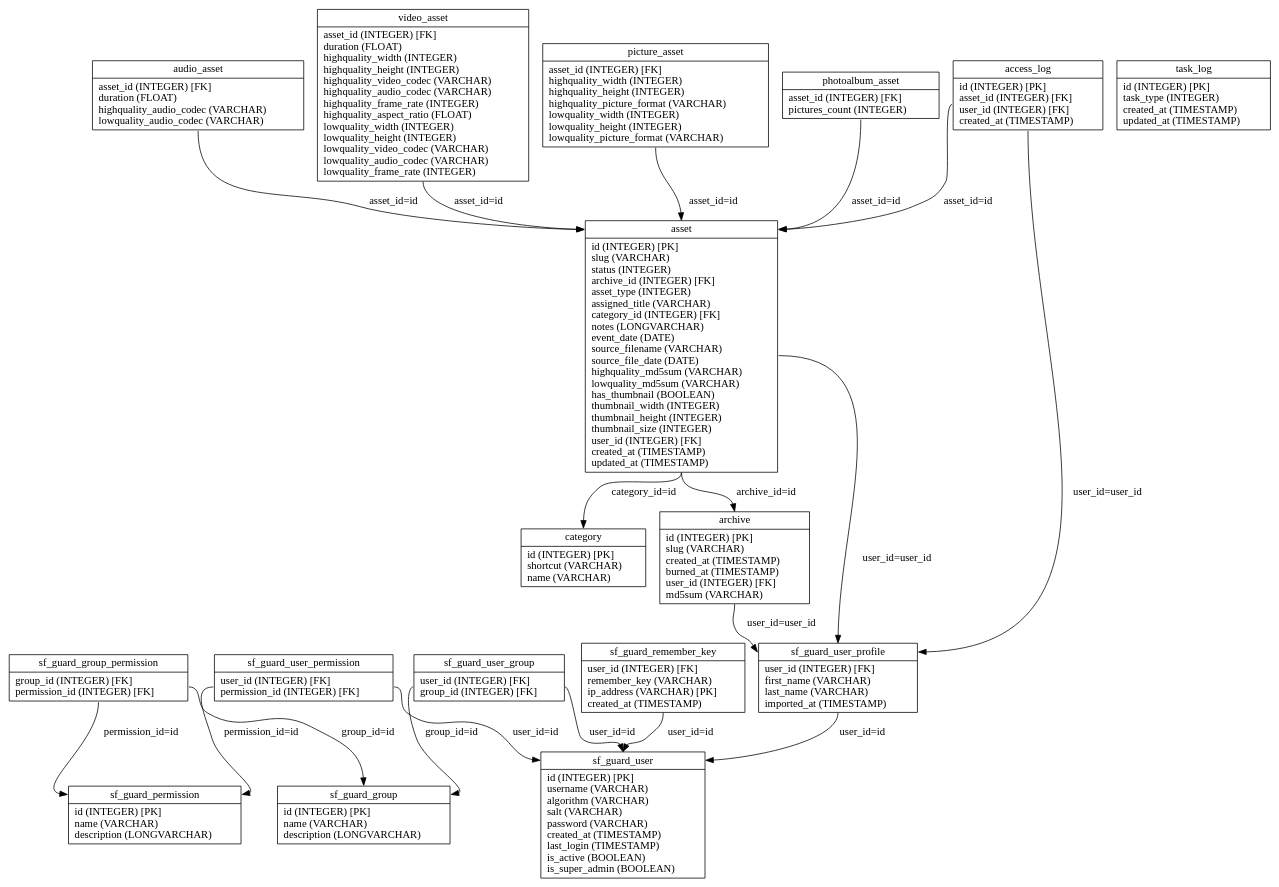
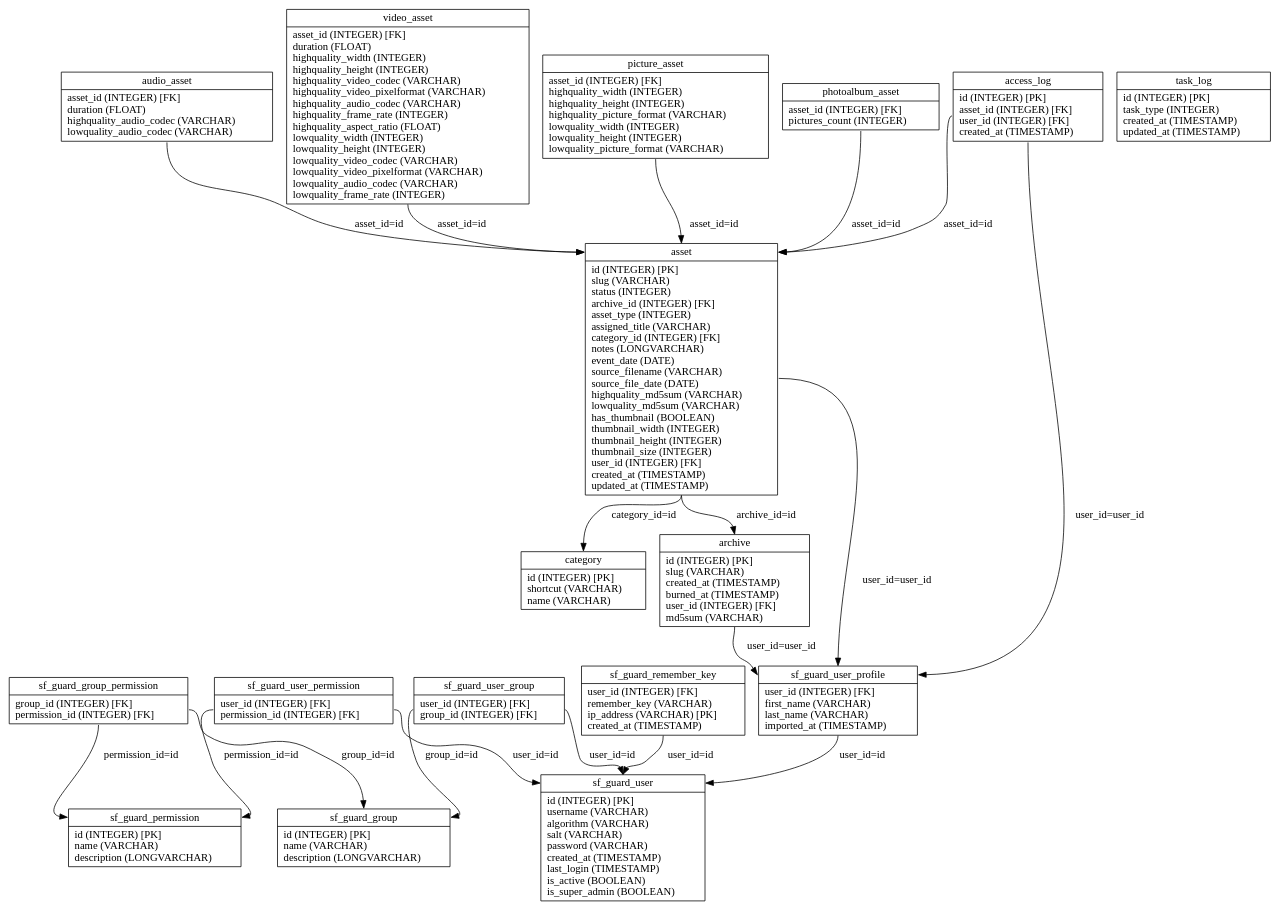
One commit to loristissino/wviola changed the diagram in graph/propel.schema.dot. Above: the diagram before and after it, drawn with Graphviz. The commit also changed 12 other files, not shown here.

```diff
--- a/graph/propel.schema.dot
+++ b/graph/propel.schema.dot
@@ -1,38 +1,38 @@
 digraph G {
 nodesf_guard_group [label="{<table>sf_guard_group|<cols>id (INTEGER) [PK]\lname (VARCHAR)\ldescription (LONGVARCHAR)\l}", shape=record];
 nodesf_guard_permission [label="{<table>sf_guard_permission|<cols>id (INTEGER) [PK]\lname (VARCHAR)\ldescription (LONGVARCHAR)\l}", shape=record];
 nodesf_guard_group_permission [label="{<table>sf_guard_group_permission|<cols>group_id (INTEGER) [FK]\lpermission_id (INTEGER) [FK]\l}", shape=record];
 nodesf_guard_user [label="{<table>sf_guard_user|<cols>id (INTEGER) [PK]\lusername (VARCHAR)\lalgorithm (VARCHAR)\lsalt (VARCHAR)\lpassword (VARCHAR)\lcreated_at (TIMESTAMP)\llast_login (TIMESTAMP)\lis_active (BOOLEAN)\lis_super_admin (BOOLEAN)\l}", shape=record];
 nodesf_guard_user_permission [label="{<table>sf_guard_user_permission|<cols>user_id (INTEGER) [FK]\lpermission_id (INTEGER) [FK]\l}", shape=record];
 nodesf_guard_user_group [label="{<table>sf_guard_user_group|<cols>user_id (INTEGER) [FK]\lgroup_id (INTEGER) [FK]\l}", shape=record];
 nodesf_guard_remember_key [label="{<table>sf_guard_remember_key|<cols>user_id (INTEGER) [FK]\lremember_key (VARCHAR)\lip_address (VARCHAR) [PK]\lcreated_at (TIMESTAMP)\l}", shape=record];
 nodesf_guard_user_profile [label="{<table>sf_guard_user_profile|<cols>user_id (INTEGER) [FK]\lfirst_name (VARCHAR)\llast_name (VARCHAR)\limported_at (TIMESTAMP)\l}", shape=record];
 nodeasset [label="{<table>asset|<cols>id (INTEGER) [PK]\lslug (VARCHAR)\lstatus (INTEGER)\larchive_id (INTEGER) [FK]\lasset_type (INTEGER)\lassigned_title (VARCHAR)\lcategory_id (INTEGER) [FK]\lnotes (LONGVARCHAR)\levent_date (DATE)\lsource_filename (VARCHAR)\lsource_file_date (DATE)\lhighquality_md5sum (VARCHAR)\llowquality_md5sum (VARCHAR)\lhas_thumbnail (BOOLEAN)\lthumbnail_width (INTEGER)\lthumbnail_height (INTEGER)\lthumbnail_size (INTEGER)\luser_id (INTEGER) [FK]\lcreated_at (TIMESTAMP)\lupdated_at (TIMESTAMP)\l}", shape=record];
-nodevideo_asset [label="{<table>video_asset|<cols>asset_id (INTEGER) [FK]\lduration (FLOAT)\lhighquality_width (INTEGER)\lhighquality_height (INTEGER)\lhighquality_video_codec (VARCHAR)\lhighquality_audio_codec (VARCHAR)\lhighquality_frame_rate (INTEGER)\lhighquality_aspect_ratio (FLOAT)\llowquality_width (INTEGER)\llowquality_height (INTEGER)\llowquality_video_codec (VARCHAR)\llowquality_audio_codec (VARCHAR)\llowquality_frame_rate (INTEGER)\l}", shape=record];
+nodevideo_asset [label="{<table>video_asset|<cols>asset_id (INTEGER) [FK]\lduration (FLOAT)\lhighquality_width (INTEGER)\lhighquality_height (INTEGER)\lhighquality_video_codec (VARCHAR)\lhighquality_video_pixelformat (VARCHAR)\lhighquality_audio_codec (VARCHAR)\lhighquality_frame_rate (INTEGER)\lhighquality_aspect_ratio (FLOAT)\llowquality_width (INTEGER)\llowquality_height (INTEGER)\llowquality_video_codec (VARCHAR)\llowquality_video_pixelformat (VARCHAR)\llowquality_audio_codec (VARCHAR)\llowquality_frame_rate (INTEGER)\l}", shape=record];
 nodepicture_asset [label="{<table>picture_asset|<cols>asset_id (INTEGER) [FK]\lhighquality_width (INTEGER)\lhighquality_height (INTEGER)\lhighquality_picture_format (VARCHAR)\llowquality_width (INTEGER)\llowquality_height (INTEGER)\llowquality_picture_format (VARCHAR)\l}", shape=record];
 nodephotoalbum_asset [label="{<table>photoalbum_asset|<cols>asset_id (INTEGER) [FK]\lpictures_count (INTEGER)\l}", shape=record];
 nodeaudio_asset [label="{<table>audio_asset|<cols>asset_id (INTEGER) [FK]\lduration (FLOAT)\lhighquality_audio_codec (VARCHAR)\llowquality_audio_codec (VARCHAR)\l}", shape=record];
 nodearchive [label="{<table>archive|<cols>id (INTEGER) [PK]\lslug (VARCHAR)\lcreated_at (TIMESTAMP)\lburned_at (TIMESTAMP)\luser_id (INTEGER) [FK]\lmd5sum (VARCHAR)\l}", shape=record];
 nodecategory [label="{<table>category|<cols>id (INTEGER) [PK]\lshortcut (VARCHAR)\lname (VARCHAR)\l}", shape=record];
 nodeaccess_log [label="{<table>access_log|<cols>id (INTEGER) [PK]\lasset_id (INTEGER) [FK]\luser_id (INTEGER) [FK]\lcreated_at (TIMESTAMP)\l}", shape=record];
 nodetask_log [label="{<table>task_log|<cols>id (INTEGER) [PK]\ltask_type (INTEGER)\lcreated_at (TIMESTAMP)\lupdated_at (TIMESTAMP)\l}", shape=record];
 
 nodesf_guard_group_permission:cols -> nodesf_guard_group:table [label="group_id=id "];
 nodesf_guard_group_permission:cols -> nodesf_guard_permission:table [label="permission_id=id "];
 nodesf_guard_user_permission:cols -> nodesf_guard_user:table [label="user_id=id "];
 nodesf_guard_user_permission:cols -> nodesf_guard_permission:table [label="permission_id=id "];
 nodesf_guard_user_group:cols -> nodesf_guard_user:table [label="user_id=id "];
 nodesf_guard_user_group:cols -> nodesf_guard_group:table [label="group_id=id "];
 nodesf_guard_remember_key:cols -> nodesf_guard_user:table [label="user_id=id "];
 nodesf_guard_user_profile:cols -> nodesf_guard_user:table [label="user_id=id "];
 nodeasset:cols -> nodearchive:table [label="archive_id=id "];
 nodeasset:cols -> nodecategory:table [label="category_id=id "];
 nodeasset:cols -> nodesf_guard_user_profile:table [label="user_id=user_id "];
 nodevideo_asset:cols -> nodeasset:table [label="asset_id=id "];
 nodepicture_asset:cols -> nodeasset:table [label="asset_id=id "];
 nodephotoalbum_asset:cols -> nodeasset:table [label="asset_id=id "];
 nodeaudio_asset:cols -> nodeasset:table [label="asset_id=id "];
 nodearchive:cols -> nodesf_guard_user_profile:table [label="user_id=user_id "];
 nodeaccess_log:cols -> nodeasset:table [label="asset_id=id "];
 nodeaccess_log:cols -> nodesf_guard_user_profile:table [label="user_id=user_id "];
 }
```
